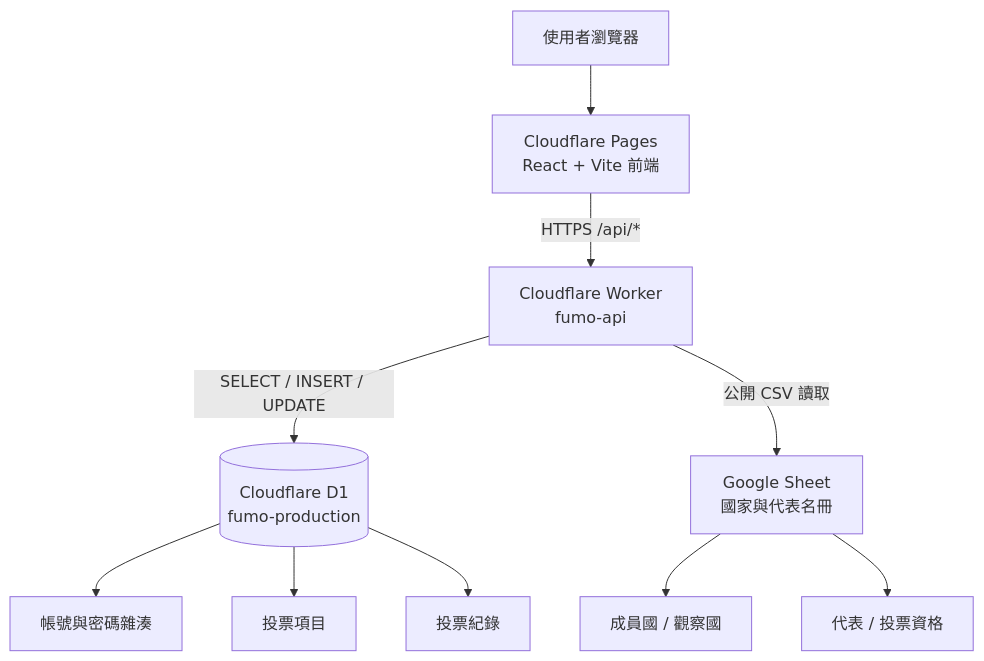
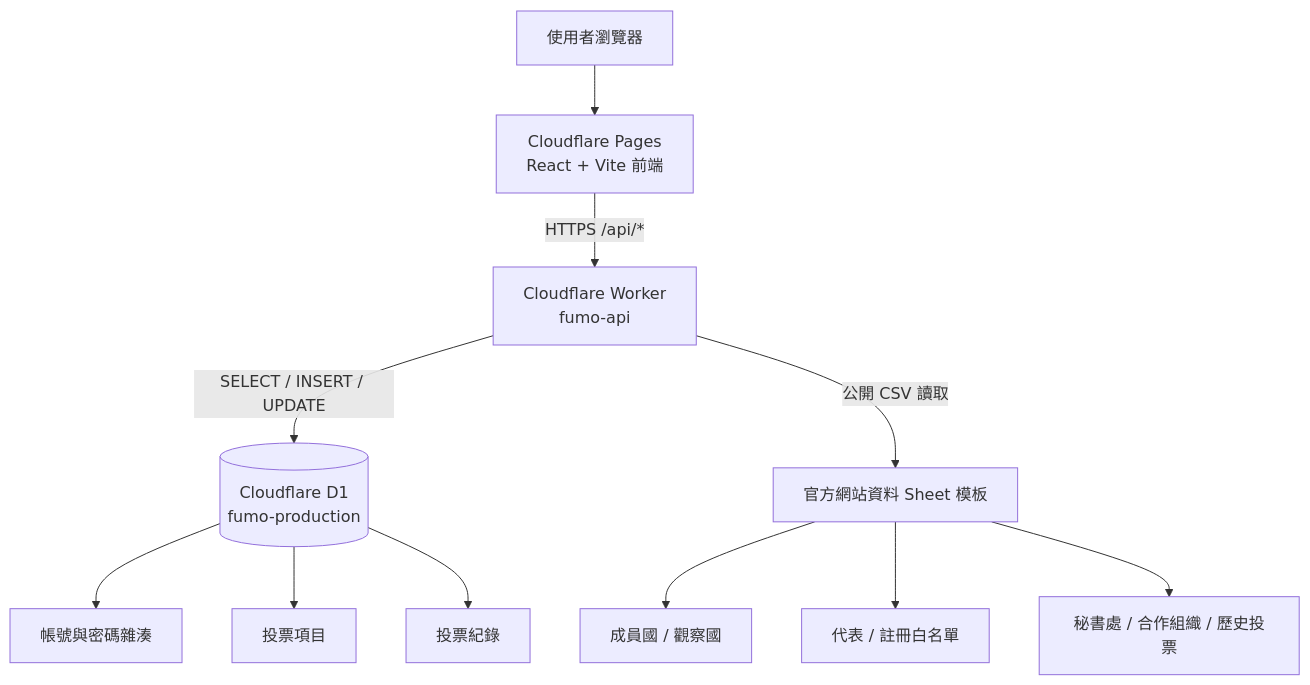
Before and after one commit to micronation-fumo-org/official-website: the diagram in ARCHITECTURE.md, drawn with Mermaid. The commit also changed other lines of this file and 14 other files, not shown here.

````diff
--- a/ARCHITECTURE.md
+++ b/ARCHITECTURE.md
@@ -12,13 +12,14 @@
 ```mermaid
 flowchart TD
     U[使用者瀏覽器] --> P[Cloudflare Pages\nReact + Vite 前端]
     P -->|HTTPS /api/*| W[Cloudflare Worker\nfumo-api]
     W -->|SELECT / INSERT / UPDATE| D[(Cloudflare D1\nfumo-production)]
-    W -->|公開 CSV 讀取| S[Google Sheet\n國家與代表名冊]
+    W -->|公開 CSV 讀取| S[官方網站資料 Sheet 模板]
 
     D --> A[帳號與密碼雜湊]
     D --> V[投票項目]
     D --> B[投票紀錄]
     S --> M[成員國 / 觀察國]
-    S --> R[代表 / 投票資格]
+    S --> R[代表 / 註冊白名單]
+    S --> X[秘書處 / 合作組織 / 歷史投票]
 ```
````
